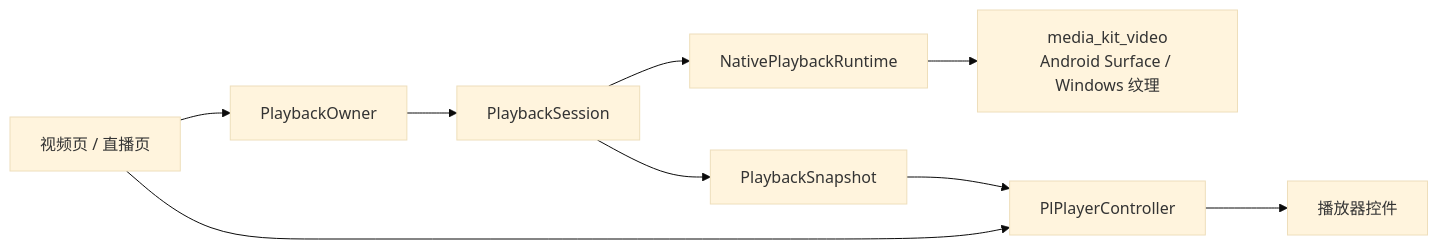
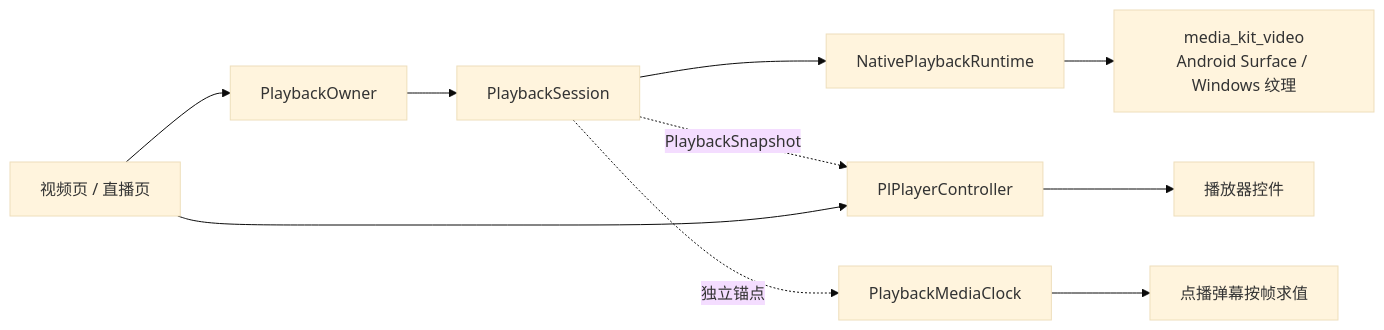
Before and after one commit to wallpap/PiliAurora: the second of 2 diagrams in doc/development/architecture.md, drawn with Mermaid (base theme). The commit also changed other lines of this file and 32 other files, not shown here.

````diff
--- a/doc/development/architecture.md
+++ b/doc/development/architecture.md
@@ -73,11 +73,12 @@
 ```mermaid
 flowchart LR
     Page[视频页 / 直播页] --> Owner[PlaybackOwner]
     Owner --> Session[PlaybackSession]
     Session --> Runtime[NativePlaybackRuntime]
     Runtime --> Output[media_kit_video<br/>Android Surface / Windows 纹理]
-    Session --> Snapshot[PlaybackSnapshot]
-    Snapshot --> Controller[PlPlayerController]
+    Session -. PlaybackSnapshot .-> Controller[PlPlayerController]
     Controller --> UI[播放器控件]
     Page --> Controller
+    Session -. 独立锚点 .-> Clock[PlaybackMediaClock]
+    Clock --> Danmaku[点播弹幕按帧求值]
 ```
````
